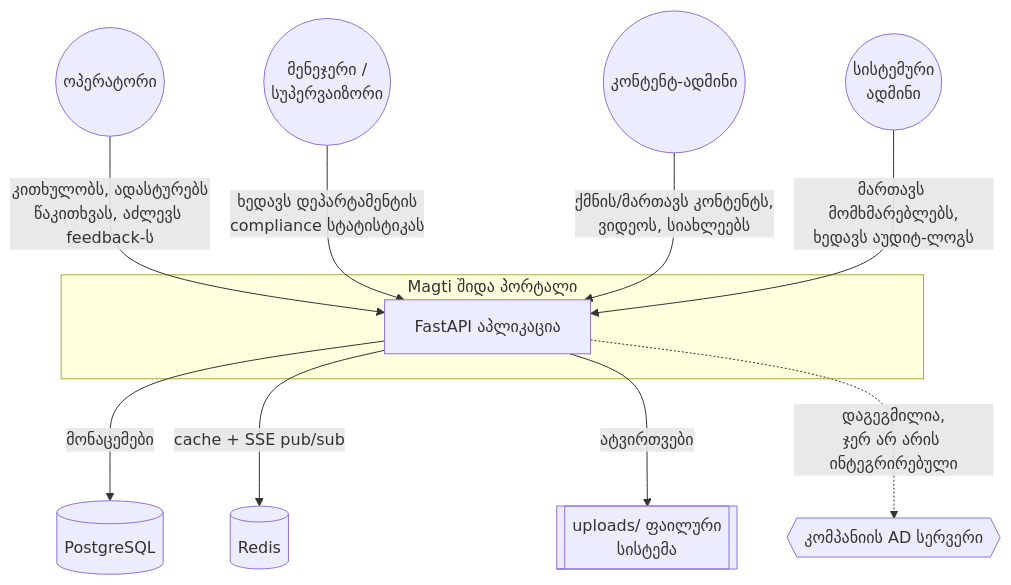
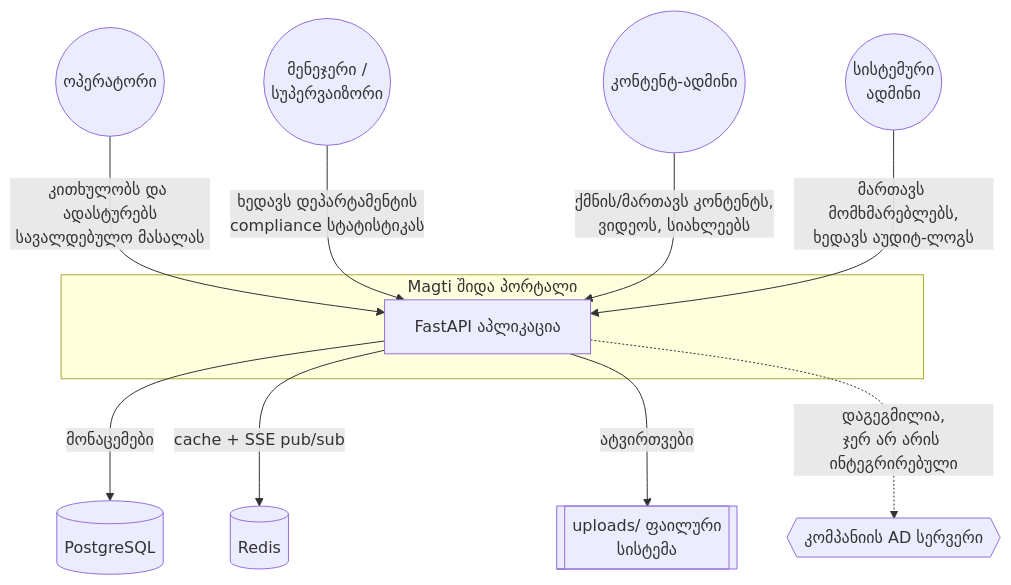
Before and after one commit to aannddrres/workformagti: the first of 5 diagrams in docs/ARCHITECTURE.md, drawn with Mermaid. The commit also changed 312 other files, not shown here.

````diff
--- a/docs/ARCHITECTURE.md
+++ b/docs/ARCHITECTURE.md
@@ -72,22 +72,22 @@
 ```mermaid
 flowchart TB
     op(("ოპერატორი"))
     mgr(("მენეჯერი /<br/>სუპერვაიზორი"))
     ca(("კონტენტ-ადმინი"))
     admin(("სისტემური<br/>ადმინი"))
 
     subgraph SYS["Magti შიდა პორტალი"]
         portal["FastAPI აპლიკაცია"]
     end
 
-    op -- "კითხულობს, ადასტურებს<br/>წაკითხვას, აძლევს feedback-ს" --> portal
+    op -- "კითხულობს და ადასტურებს<br/>სავალდებულო მასალას" --> portal
     mgr -- "ხედავს დეპარტამენტის<br/>compliance სტატისტიკას" --> portal
     ca -- "ქმნის/მართავს კონტენტს,<br/>ვიდეოს, სიახლეებს" --> portal
     admin -- "მართავს მომხმარებლებს,<br/>ხედავს აუდიტ-ლოგს" --> portal
 
     portal -- "მონაცემები" --> pg[("PostgreSQL")]
     portal -- "cache + SSE pub/sub" --> redis[("Redis")]
     portal -- "ატვირთვები" --> fs[["uploads/ ფაილური<br/>სისტემა"]]
     ad{{"კომპანიის AD სერვერი"}}
     portal -.->|"დაგეგმილია,<br/>ჯერ არ არის ინტეგრირებული"| ad
 ```
````
